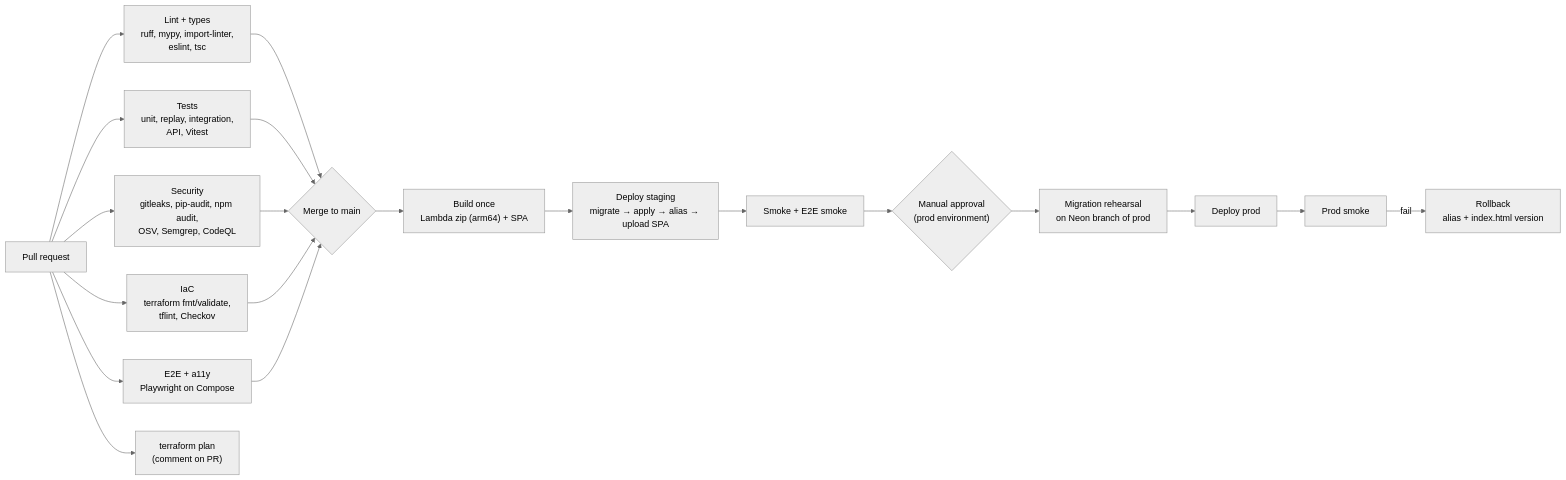
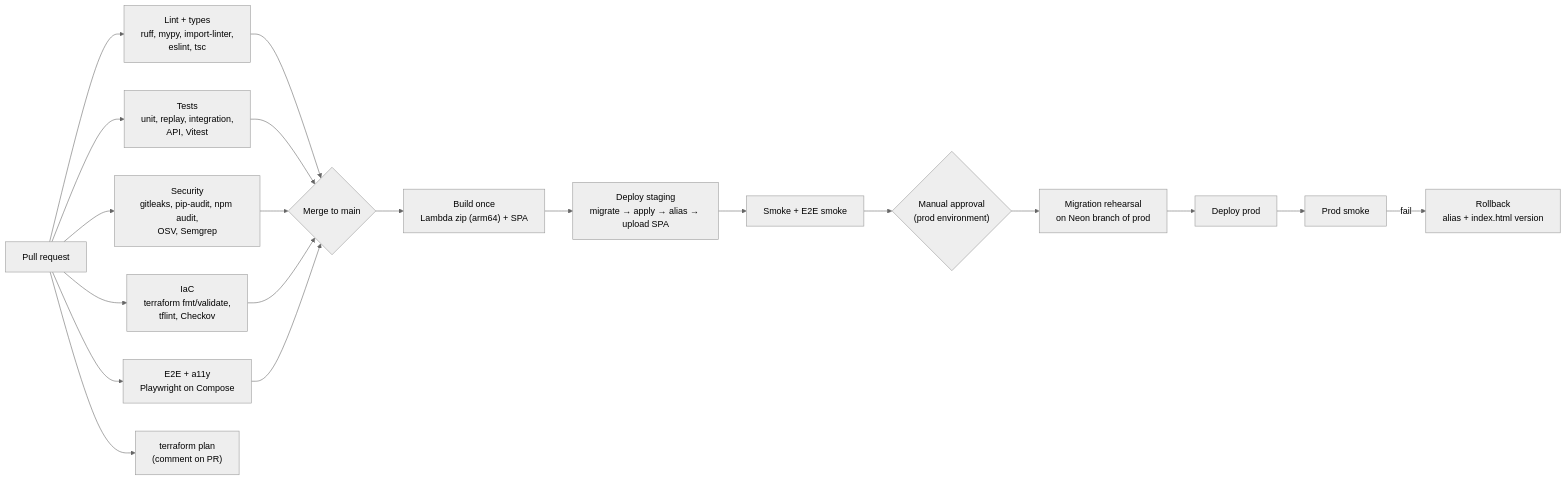
Before and after one commit to Akshar106/stopwatch: the diagram in docs/06-quality-operations.md, drawn with Mermaid (neutral theme). The commit also changed other lines of this file and 69 other files, not shown here.

````diff
--- a/docs/06-quality-operations.md
+++ b/docs/06-quality-operations.md
@@ -43,18 +43,18 @@
 ```mermaid
 flowchart LR
   pr["Pull request"] --> lint["Lint + types<br/>ruff, mypy, import-linter,<br/>eslint, tsc"]
   pr --> tests["Tests<br/>unit, replay, integration,<br/>API, Vitest"]
-  pr --> sec["Security<br/>gitleaks, pip-audit, npm audit,<br/>OSV, Semgrep, CodeQL"]
+  pr --> sec["Security<br/>gitleaks, pip-audit, npm audit,<br/>OSV, Semgrep"]
   pr --> iac["IaC<br/>terraform fmt/validate,<br/>tflint, Checkov"]
   pr --> e2e["E2E + a11y<br/>Playwright on Compose"]
   pr --> plan["terraform plan<br/>(comment on PR)"]
   lint & tests & sec & iac & e2e --> merge{"Merge to main"}
   merge --> build["Build once<br/>Lambda zip (arm64) + SPA"]
   build --> stg["Deploy staging<br/>migrate → apply → alias → upload SPA"]
   stg --> smoke["Smoke + E2E smoke"]
   smoke --> approve{"Manual approval<br/>(prod environment)"}
   approve --> rehearse["Migration rehearsal<br/>on Neon branch of prod"]
   rehearse --> prod["Deploy prod"]
   prod --> psmoke["Prod smoke"]
   psmoke -- fail --> rollback["Rollback<br/>alias + index.html version"]
 ```
````
